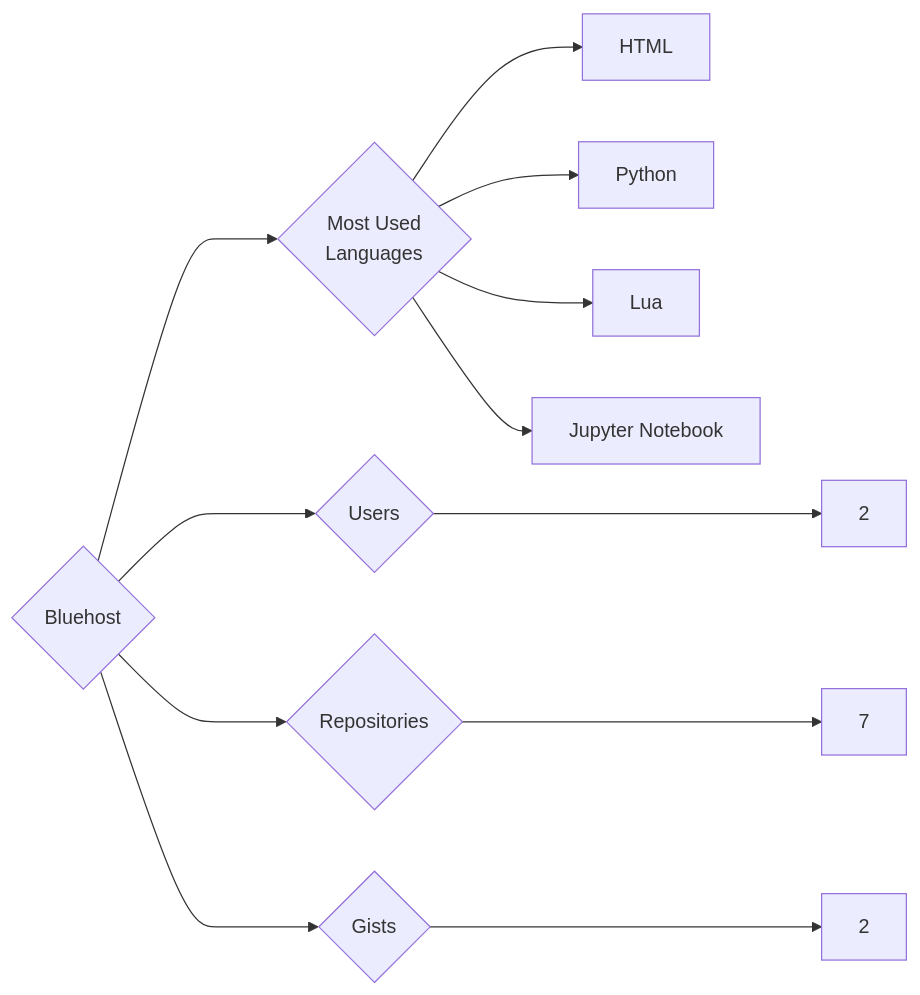
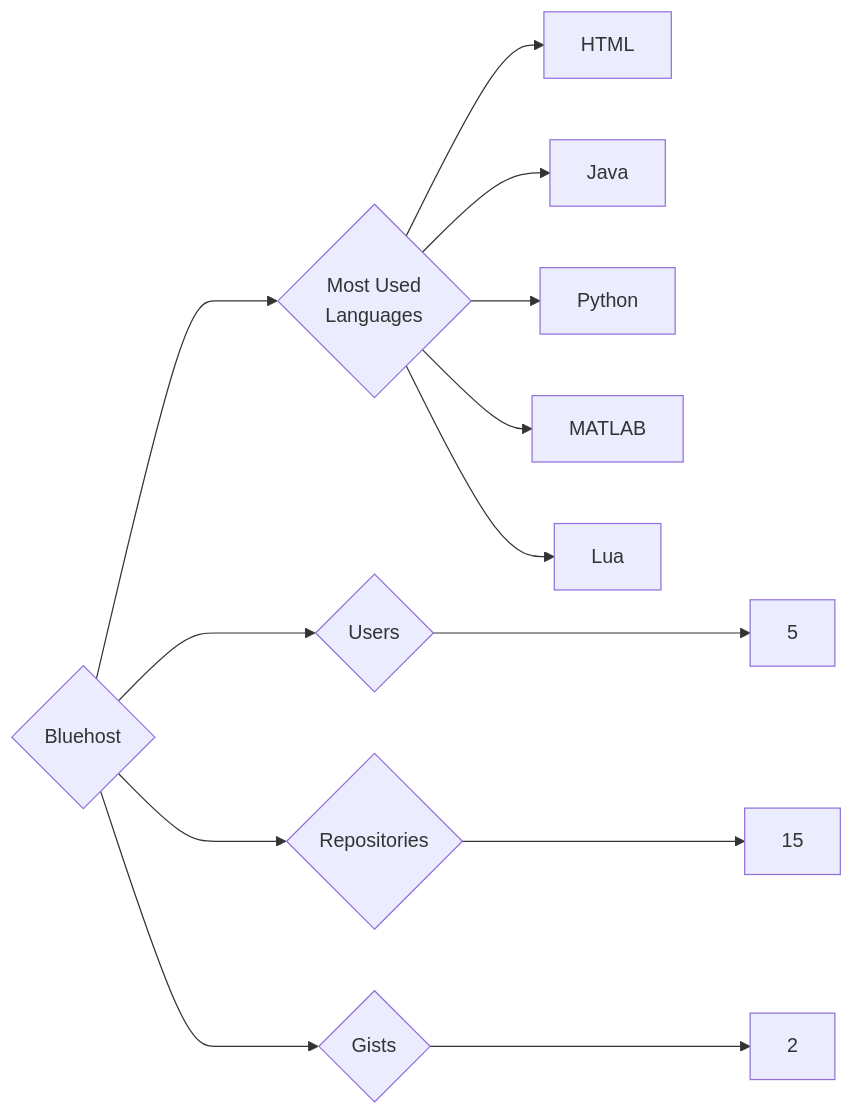
One commit to trickest/insiders changed the diagram in targets/Bluehost/README.md. Above: the diagram before and after it, drawn with Mermaid. The commit also changed 1092 other files, not shown here.

````diff
--- a/targets/Bluehost/README.md
+++ b/targets/Bluehost/README.md
@@ -3,12 +3,13 @@
 ```mermaid
 graph LR
 COMPANY_NAME{Bluehost}
-COMPANY_NAME ---> U{Users} ---> UN[2]
-COMPANY_NAME ---> R{Repositories} ---> RN[7]
+COMPANY_NAME ---> U{Users} ---> UN[5]
+COMPANY_NAME ---> R{Repositories} ---> RN[15]
 COMPANY_NAME ---> G{Gists} ---> GN[2]
 COMPANY_NAME ---> ML{Most Used<br>Languages}
 ML --> HTML[HTML]
+ML --> Java[Java]
 ML --> Python[Python]
+ML --> MATLAB[MATLAB]
 ML --> Lua[Lua]
-ML --> Jupyter_Notebook[Jupyter Notebook]
 ```
````
